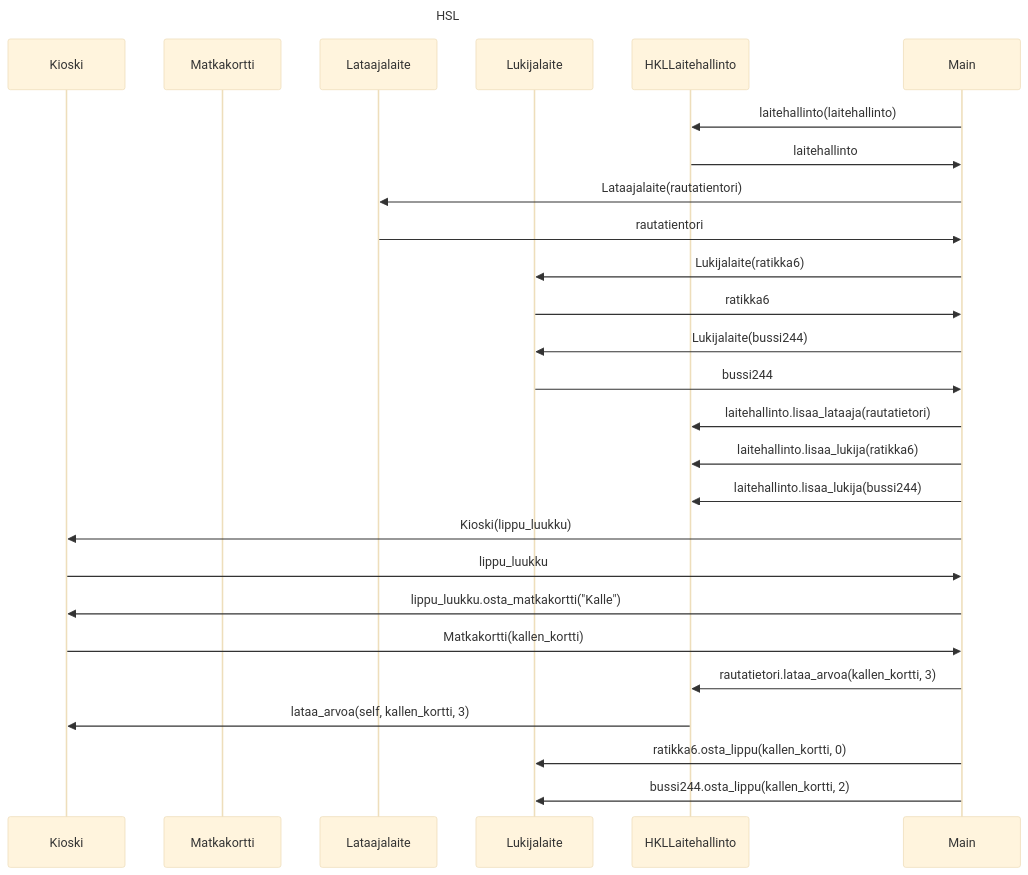
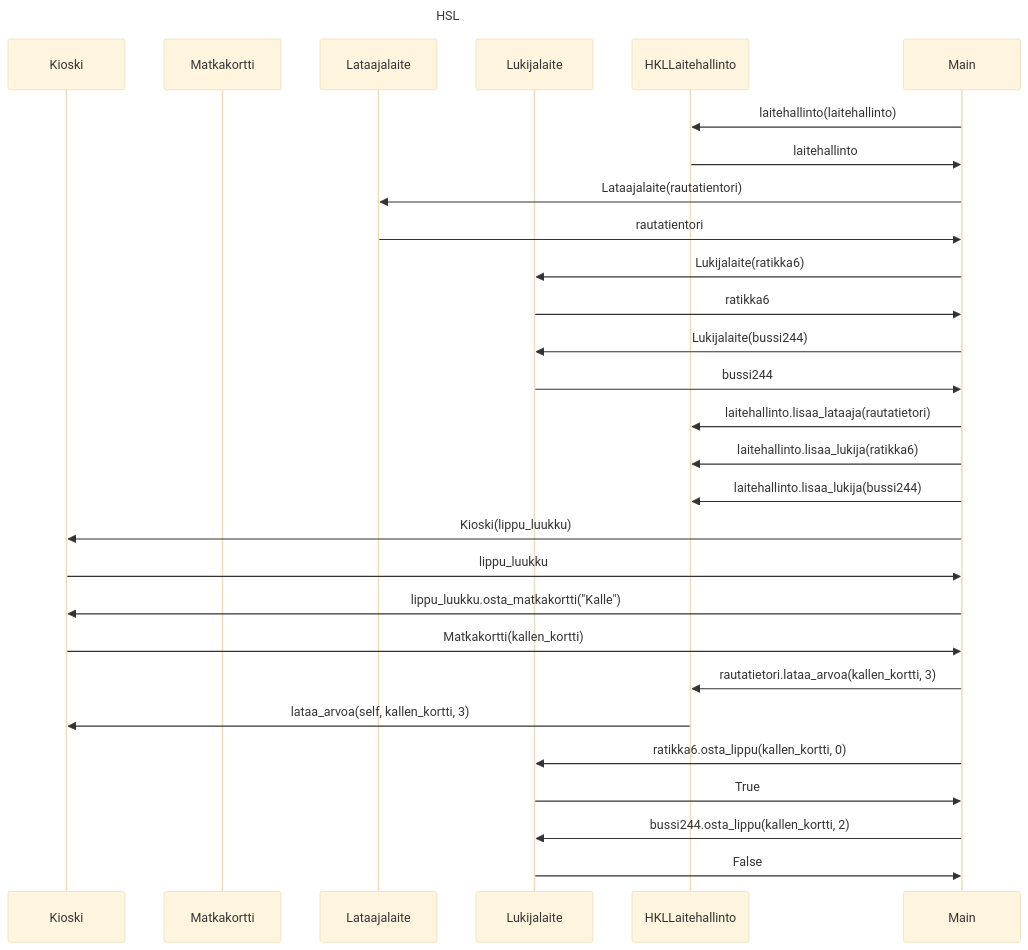
The diagram in laskarit/viikko3/HSL_sequence.md (karvakasa/ot-harjoitustyo), drawn with Mermaid (base theme) before and after one commit.

Commit message:
tehtävä 2 lisäys

````diff
--- a/laskarit/viikko3/HSL_sequence.md
+++ b/laskarit/viikko3/HSL_sequence.md
@@ -1,32 +1,34 @@
 ```mermaid
 ---
 title: HSL
 ---
 sequenceDiagram
     participant Kioski
     participant Matkakortti
     participant Lataajalaite
     participant Lukijalaite
     participant HKLLaitehallinto
     participant Main
     Main->>HKLLaitehallinto: laitehallinto(laitehallinto)
     HKLLaitehallinto->>Main: laitehallinto
     Main->>Lataajalaite: Lataajalaite(rautatientori)
     Lataajalaite->>Main: rautatientori
     Main->>Lukijalaite: Lukijalaite(ratikka6)
     Lukijalaite->>Main: ratikka6
     Main->>Lukijalaite: Lukijalaite(bussi244)
     Lukijalaite->>Main: bussi244
     Main->>HKLLaitehallinto: laitehallinto.lisaa_lataaja(rautatietori)
     Main->>HKLLaitehallinto: laitehallinto.lisaa_lukija(ratikka6)
     Main->>HKLLaitehallinto: laitehallinto.lisaa_lukija(bussi244)
     Main->>Kioski: Kioski(lippu_luukku)
     Kioski->>Main: lippu_luukku
     Main->>Kioski: lippu_luukku.osta_matkakortti("Kalle")
     Kioski->>Main: Matkakortti(kallen_kortti)
     Main->>HKLLaitehallinto: rautatietori.lataa_arvoa(kallen_kortti, 3)
     HKLLaitehallinto->>Kioski: lataa_arvoa(self, kallen_kortti, 3)
     Main->>Lukijalaite: ratikka6.osta_lippu(kallen_kortti, 0)
+    Lukijalaite->>Main: True
     Main->>Lukijalaite:bussi244.osta_lippu(kallen_kortti, 2)
+    Lukijalaite->>Main: False
 
 ```
````
